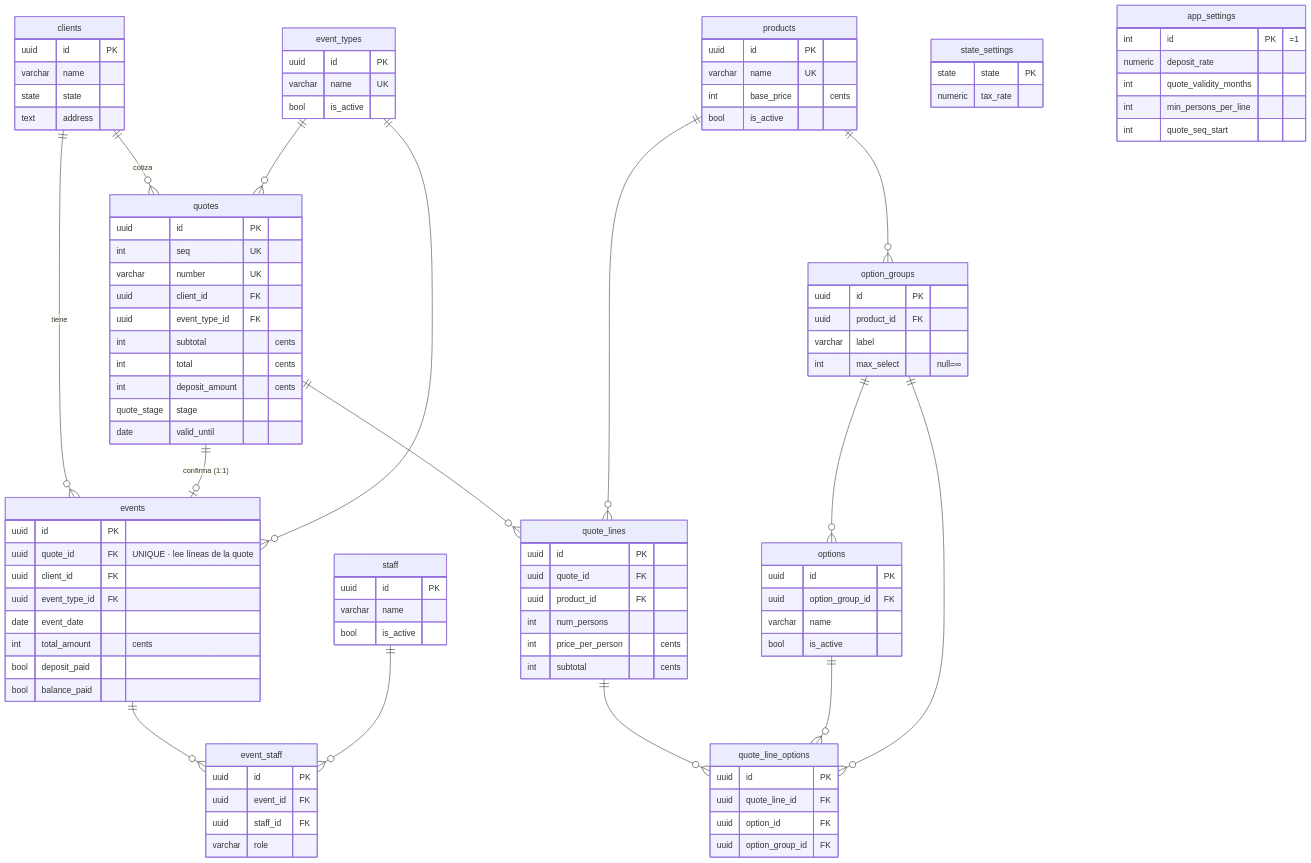
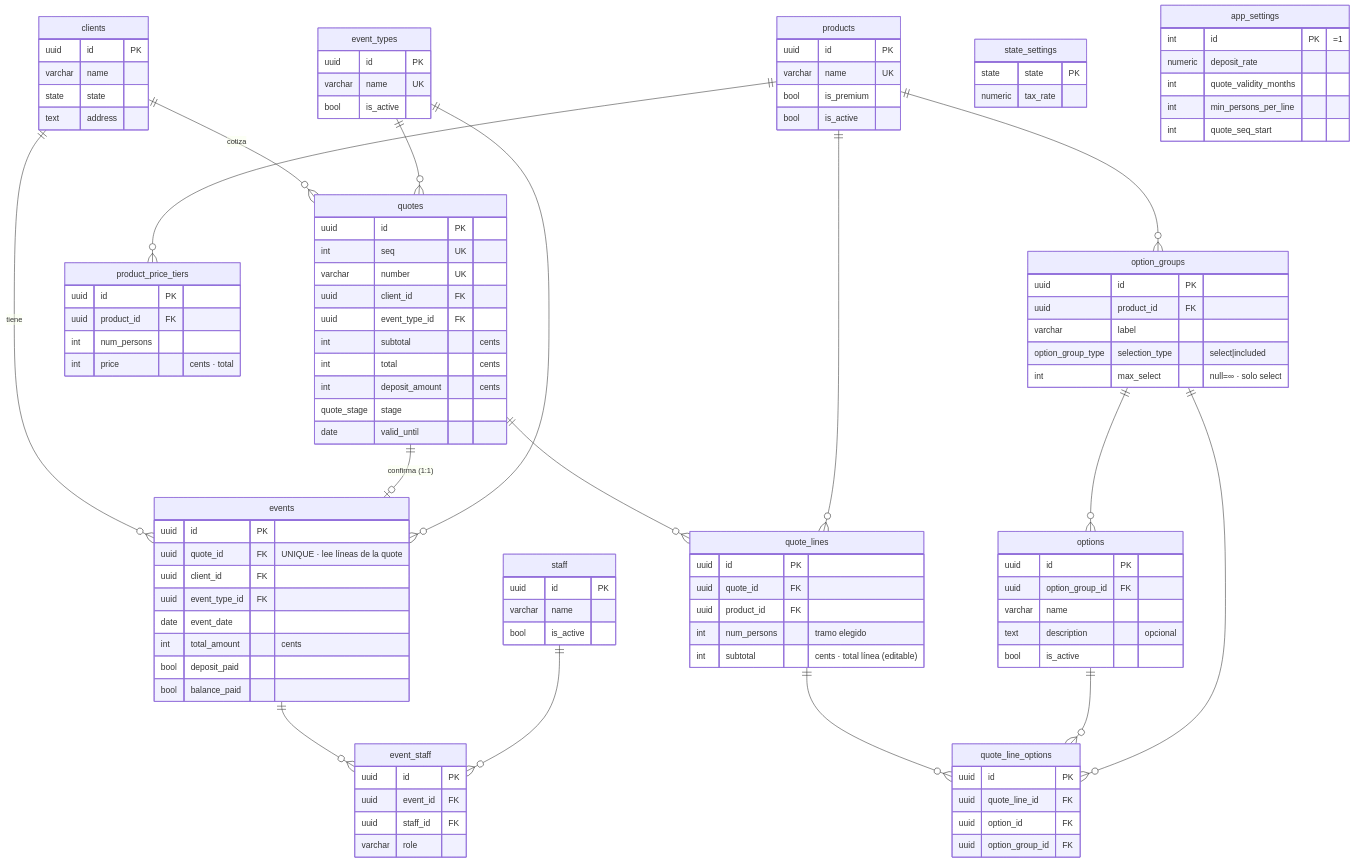
Before and after one commit to mohasir/mach_portal: the diagram in docs/mach-bar-domain.md, drawn with Mermaid. The commit also changed other lines of this file and 59 other files, not shown here.

```diff
--- a/docs/mach-bar-domain.md
+++ b/docs/mach-bar-domain.md
@@ -215,6 +226,7 @@
   quote_lines ||--o{ quote_line_options : ""
   events ||--o{ event_staff : ""
   staff ||--o{ event_staff : ""
+  products ||--o{ product_price_tiers : ""
   products ||--o{ option_groups : ""
   option_groups ||--o{ options : ""
   products ||--o{ quote_lines : ""
@@ -245,9 +257,8 @@
     uuid id PK
     uuid quote_id FK
     uuid product_id FK
-    int num_persons
-    int price_per_person "cents"
-    int subtotal "cents"
+    int num_persons "tramo elegido"
+    int subtotal "cents · total línea (editable)"
   }
   quote_line_options {
     uuid id PK
@@ -279,19 +290,27 @@
   products {
     uuid id PK
     varchar name UK
-    int base_price "cents"
+    bool is_premium
     bool is_active
+  }
+  product_price_tiers {
+    uuid id PK
+    uuid product_id FK
+    int num_persons
+    int price "cents · total"
   }
   option_groups {
     uuid id PK
     uuid product_id FK
     varchar label
-    int max_select "null=∞"
+    option_group_type selection_type "select|included"
+    int max_select "null=∞ · solo select"
   }
   options {
     uuid id PK
     uuid option_group_id FK
     varchar name
+    text description "opcional"
     bool is_active
   }
   event_types {
```
